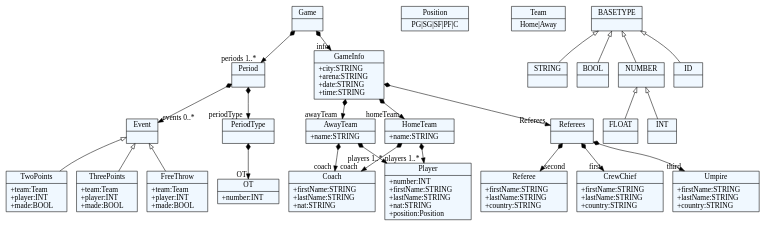
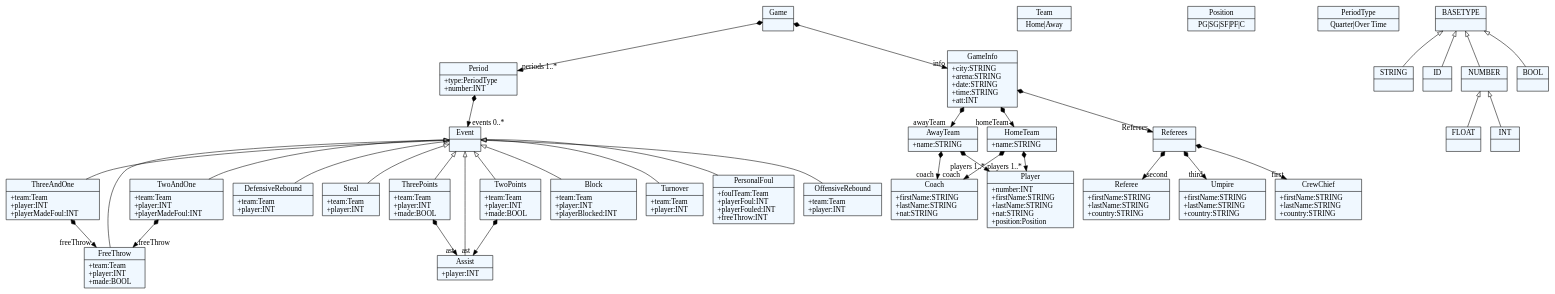
The diagram in BasketStats/src/basket/basketStats_meta.dot (milekicnikola/JSD), drawn with Graphviz before and after one commit. The commit also changed 5 other files, not shown here.

```diff
--- a/BasketStats/src/basket/basketStats_meta.dot
+++ b/BasketStats/src/basket/basketStats_meta.dot
@@ -1,90 +1,117 @@
 
     digraph xtext {
     fontname = "Bitstream Vera Sans"
     fontsize = 8
     node[
         shape=record,
         style=filled,
         fillcolor=aliceblue
     ]
     edge[dir=black,arrowtail=empty]
 
 
-52162608 -> 52163080[arrowtail=diamond, dir=both, headlabel="periodType "]
-52162608 -> 52164024[arrowtail=diamond, dir=both, headlabel="events 0..*"]
-52162608[ label="{Period|}"]
+55405848[ label="{Turnover|+team:Team\l+player:INT\l}"]
 
-52164968[ label="{FreeThrow|+team:Team\l+player:INT\l+made:BOOL\l}"]
+55347560[ label="{CrewChief|+firstName:STRING\l+lastName:STRING\l+country:STRING\l}"]
 
-52143072[ label="{Umpire|+firstName:STRING\l+lastName:STRING\l+country:STRING\l}"]
+55404432[ label="{PersonalFoul|+foulTeam:Team\l+playerFoul:INT\l+playerFouled:INT\l+freeThrow:INT\l}"]
 
-52142600[ label="{Referee|+firstName:STRING\l+lastName:STRING\l+country:STRING\l}"]
+55424440[ label="{OffensiveRebound|+team:Team\l+player:INT\l}"]
 
-52091712 -> 52092184[arrowtail=diamond, dir=both, headlabel="Referees "]
-52091712 -> 52143544[arrowtail=diamond, dir=both, headlabel="homeTeam "]
-52091712 -> 52144016[arrowtail=diamond, dir=both, headlabel="awayTeam "]
-52091712[ label="{GameInfo|+city:STRING\l+arena:STRING\l+date:STRING\l+time:STRING\l}"]
+55346144 -> 55346616[arrowtail=diamond, dir=both, headlabel="info "]
+55346144 -> 55384424[arrowtail=diamond, dir=both, headlabel="periods 1..*"]
+55346144[ label="{Game|}"]
 
-52163552[ label="{OT|+number:INT\l}"]
+55384424 -> 55385368[arrowtail=diamond, dir=both, headlabel="events 0..*"]
+55384424[ label="{Period|+type:PeriodType\l+number:INT\l}"]
 
-52144960[ label="{Position|PG\|SG\|SF\|PF\|C}"]
+55403016[ label="{FreeThrow|+team:Team\l+player:INT\l+made:BOOL\l}"]
 
-52165440[ label="{TwoPoints|+team:Team\l+player:INT\l+made:BOOL\l}"]
+55424912[ label="{DefensiveRebound|+team:Team\l+player:INT\l}"]
 
-52092184 -> 52142128[arrowtail=diamond, dir=both, headlabel="first "]
-52092184 -> 52142600[arrowtail=diamond, dir=both, headlabel="second "]
-52092184 -> 52143072[arrowtail=diamond, dir=both, headlabel="third "]
-52092184[ label="{Referees|}"]
+55402544[ label="{Team|Home\|Away}"]
 
-52144488[ label="{Player|+number:INT\l+firstName:STRING\l+lastName:STRING\l+nat:STRING\l+position:Position\l}"]
+55383480[ label="{Position|PG\|SG\|SF\|PF\|C}"]
 
-52145432[ label="{Coach|+firstName:STRING\l+lastName:STRING\l+nat:STRING\l}"]
+55405376 -> 55403016[arrowtail=diamond, dir=both, headlabel="freeThrow "]
+55405376[ label="{ThreeAndOne|+team:Team\l+player:INT\l+playerMadeFoul:INT\l}"]
 
-52142128[ label="{CrewChief|+firstName:STRING\l+lastName:STRING\l+country:STRING\l}"]
+55346616 -> 55347088[arrowtail=diamond, dir=both, headlabel="Referees "]
+55346616 -> 55382064[arrowtail=diamond, dir=both, headlabel="homeTeam "]
+55346616 -> 55382536[arrowtail=diamond, dir=both, headlabel="awayTeam "]
+55346616[ label="{GameInfo|+city:STRING\l+arena:STRING\l+date:STRING\l+time:STRING\l+att:INT\l}"]
 
-52163080 -> 52163552[arrowtail=diamond, dir=both, headlabel="OT "]
-52163080[ label="{PeriodType|}"]
+55423024[ label="{Steal|+team:Team\l+player:INT\l}"]
 
-52144016 -> 52144488[arrowtail=diamond, dir=both, headlabel="players 1..*"]
-52144016 -> 52145432[arrowtail=diamond, dir=both, headlabel="coach "]
-52144016[ label="{AwayTeam|+name:STRING\l}"]
+55385368[ label="{Event|}"]
+55385368 -> 55403016 [dir=back]
+55385368 -> 55403488 [dir=back]
+55385368 -> 55403960 [dir=back]
+55385368 -> 55423496 [dir=back]
+55385368 -> 55404432 [dir=back]
+55385368 -> 55404904 [dir=back]
+55385368 -> 55405376 [dir=back]
+55385368 -> 55405848 [dir=back]
+55385368 -> 55423024 [dir=back]
+55385368 -> 55423968 [dir=back]
+55385368 -> 55424440 [dir=back]
+55385368 -> 55424912 [dir=back]
 
-52143544 -> 52144488[arrowtail=diamond, dir=both, headlabel="players 1..*"]
-52143544 -> 52145432[arrowtail=diamond, dir=both, headlabel="coach "]
-52143544[ label="{HomeTeam|+name:STRING\l}"]
+55383952[ label="{Coach|+firstName:STRING\l+lastName:STRING\l+nat:STRING\l}"]
 
-52164024[ label="{Event|}"]
-52164024 -> 52164968 [dir=back]
-52164024 -> 52165440 [dir=back]
-52164024 -> 52165912 [dir=back]
+55347088 -> 55347560[arrowtail=diamond, dir=both, headlabel="first "]
+55347088 -> 55348032[arrowtail=diamond, dir=both, headlabel="second "]
+55347088 -> 55348504[arrowtail=diamond, dir=both, headlabel="third "]
+55347088[ label="{Referees|}"]
 
-52164496[ label="{Team|Home\|Away}"]
+55403960 -> 55423496[arrowtail=diamond, dir=both, headlabel="ast "]
+55403960[ label="{ThreePoints|+team:Team\l+player:INT\l+made:BOOL\l}"]
 
-52091240 -> 52091712[arrowtail=diamond, dir=both, headlabel="info "]
-52091240 -> 52162608[arrowtail=diamond, dir=both, headlabel="periods 1..*"]
-52091240[ label="{Game|}"]
+55423496[ label="{Assist|+player:INT\l}"]
 
-52165912[ label="{ThreePoints|+team:Team\l+player:INT\l+made:BOOL\l}"]
+55383008[ label="{Player|+number:INT\l+firstName:STRING\l+lastName:STRING\l+nat:STRING\l+position:Position\l}"]
 
-42931168[ label="{STRING|}"]
+55348032[ label="{Referee|+firstName:STRING\l+lastName:STRING\l+country:STRING\l}"]
 
-42931640[ label="{BOOL|}"]
+55348504[ label="{Umpire|+firstName:STRING\l+lastName:STRING\l+country:STRING\l}"]
 
-42933056[ label="{NUMBER|}"]
-42933056 -> 42932584 [dir=back]
-42933056 -> 42932112 [dir=back]
+55382064 -> 55383008[arrowtail=diamond, dir=both, headlabel="players 1..*"]
+55382064 -> 55383952[arrowtail=diamond, dir=both, headlabel="coach "]
+55382064[ label="{HomeTeam|+name:STRING\l}"]
 
-42932112[ label="{INT|}"]
+55384896[ label="{PeriodType|Quarter\|Over Time}"]
 
-42932584[ label="{FLOAT|}"]
+55382536 -> 55383008[arrowtail=diamond, dir=both, headlabel="players 1..*"]
+55382536 -> 55383952[arrowtail=diamond, dir=both, headlabel="coach "]
+55382536[ label="{AwayTeam|+name:STRING\l}"]
 
-42933528[ label="{BASETYPE|}"]
-42933528 -> 42933056 [dir=back]
-42933528 -> 42931640 [dir=back]
-42933528 -> 42930696 [dir=back]
-42933528 -> 42931168 [dir=back]
+55423968[ label="{Block|+team:Team\l+player:INT\l+playerBlocked:INT\l}"]
 
-42930696[ label="{ID|}"]
+55403488 -> 55423496[arrowtail=diamond, dir=both, headlabel="ast "]
+55403488[ label="{TwoPoints|+team:Team\l+player:INT\l+made:BOOL\l}"]
+
+55404904 -> 55403016[arrowtail=diamond, dir=both, headlabel="freeThrow "]
+55404904[ label="{TwoAndOne|+team:Team\l+player:INT\l+playerMadeFoul:INT\l}"]
+
+43387240[ label="{FLOAT|}"]
+
+43385824[ label="{STRING|}"]
+
+43386768[ label="{INT|}"]
+
+43385352[ label="{ID|}"]
+
+43388184[ label="{BASETYPE|}"]
+43388184 -> 43387712 [dir=back]
+43388184 -> 43386296 [dir=back]
+43388184 -> 43385352 [dir=back]
+43388184 -> 43385824 [dir=back]
+
+43386296[ label="{BOOL|}"]
+
+43387712[ label="{NUMBER|}"]
+43387712 -> 43387240 [dir=back]
+43387712 -> 43386768 [dir=back]
 
 
 }
```
